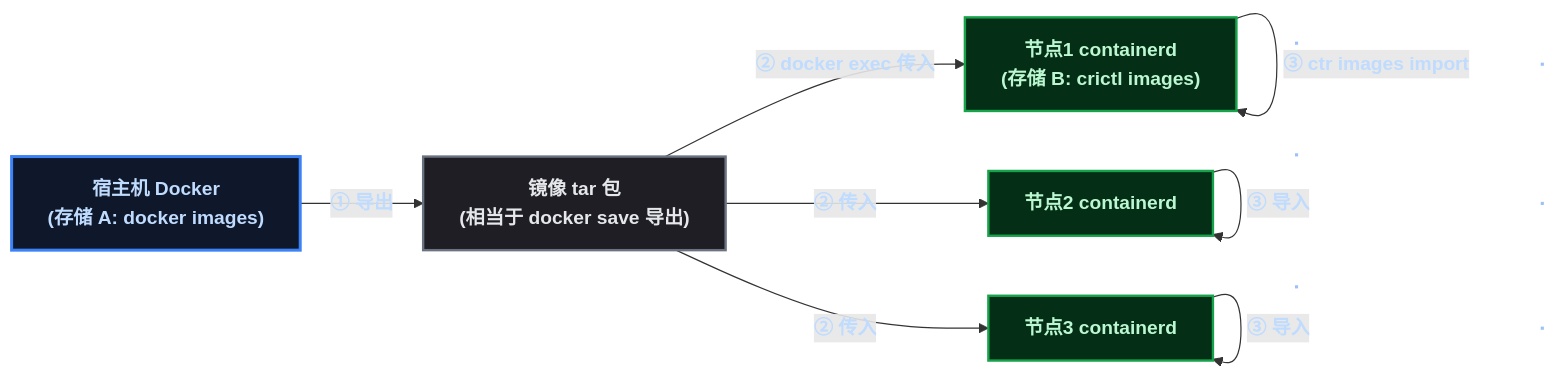
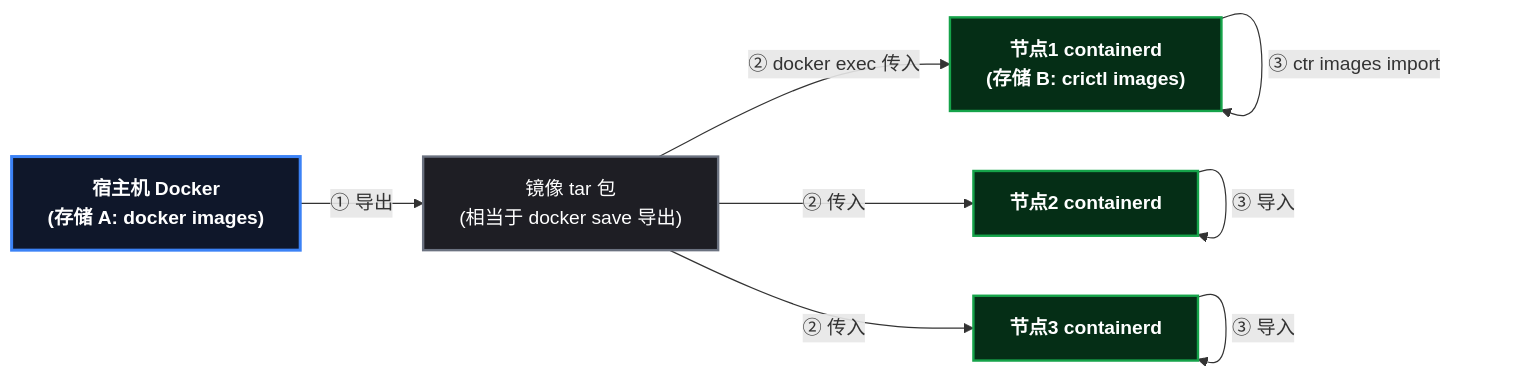
One commit to yaocat55/yaocat55.github.io changed the first of 4 diagrams in content/posts/kubernetes/K8sDeploymentHandsOn.md. Above: the diagram before and after it, drawn with Mermaid. The commit also changed other lines of this file and 27 other files, not shown here.

Commit message:
docs: 全系列 93 张 Mermaid 图 classDef 改为 style 强制深底白字(修复部分渲染器白底浅字)+历史文件格式清理

````diff
--- a/content/posts/kubernetes/K8sDeploymentHandsOn.md
+++ b/content/posts/kubernetes/K8sDeploymentHandsOn.md
@@ -71,25 +71,23 @@
 ```mermaid
 %% kind load: 宿主机 Docker 镜像搬运到每个节点内的 containerd
 flowchart LR
-    classDef root fill:#0f172a,stroke:#3b82f6,stroke-width:2.5px,color:#bfdbfe,font-weight:bold;
-    classDef process fill:#1e1e24,stroke:#6b7280,stroke-width:2px,color:#e5e7eb;
-    classDef data fill:#052e16,stroke:#16a34a,stroke-width:2px,color:#bbf7d0,font-weight:bold;
 
     D["宿主机 Docker\n(存储 A: docker images)"]
     T["镜像 tar 包\n(相当于 docker save 导出)"]
     N1["节点1 containerd\n(存储 B: crictl images)"]
     N2["节点2 containerd"]
     N3["节点3 containerd"]
 
     D -->|"① 导出"| T
     T -->|"② docker exec 传入"| N1
     T -->|"② 传入"| N2
     T -->|"② 传入"| N3
     N1 -->|"③ ctr images import"| N1
     N2 -->|"③ 导入"| N2
     N3 -->|"③ 导入"| N3
-
-    class D root;
-    class T process;
-    class N1,N2,N3 data;
+    style D fill:#0f172a,stroke:#3b82f6,stroke-width:2.5px,color:#ffffff,font-weight:bold
+    style T fill:#1e1e24,stroke:#6b7280,stroke-width:2px,color:#ffffff
+    style N1 fill:#052e16,stroke:#16a34a,stroke-width:2px,color:#ffffff,font-weight:bold
+    style N2 fill:#052e16,stroke:#16a34a,stroke-width:2px,color:#ffffff,font-weight:bold
+    style N3 fill:#052e16,stroke:#16a34a,stroke-width:2px,color:#ffffff,font-weight:bold
 ```
````
